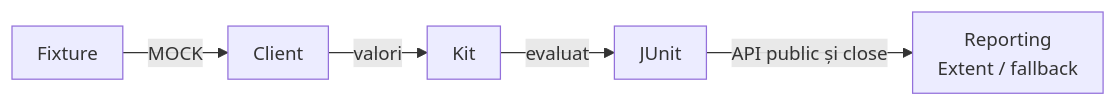
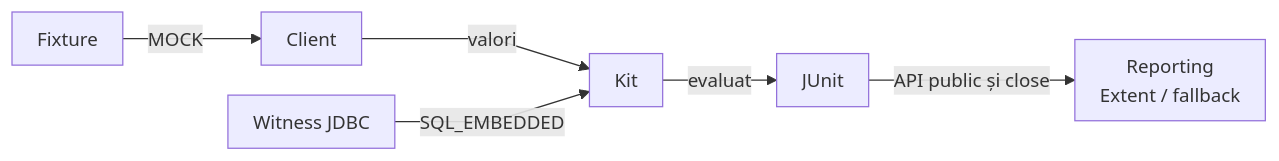
The first of 3 diagrams in atf-test-eventuate/README.md (crististefanita/atf_j2), drawn with Mermaid before and after one commit. The commit also changed other lines of this file and 76 other files, not shown here.

````diff
--- a/atf-test-eventuate/README.md
+++ b/atf-test-eventuate/README.md
@@ -18,8 +18,9 @@
 ```mermaid
 %%{init: {"themeVariables":{"fontSize":"15px"},"themeCSS":".nodeLabel, .nodeLabel p { font-size: 15px !important; line-height: 1.35 !important; } .edgeLabel, .edgeLabel p { font-size: 12px !important; font-weight: 400 !important; line-height: 1.2 !important; } .edgeLabel .labelBkg, .edgeLabel p { background: transparent !important; } .edgeLabel foreignObject { transform: translateY(-18px); overflow: visible; } .node rect { rx: 6px; ry: 6px; }","flowchart":{"curve":"linear","nodeSpacing":24,"rankSpacing":40,"padding":10,"diagramPadding":16}}}%%
 flowchart LR
     Fixture["Fixture"] -->|MOCK| Client["Client"]
     Client -->|valori| Kit["Kit"]
+    SQL["Witness JDBC"] -->|SQL_EMBEDDED| Kit
     Kit -->|evaluat| Bridge["JUnit"]
     Bridge -->|API public și close| Report["Reporting<br/>Extent / fallback"]
 ```
````
